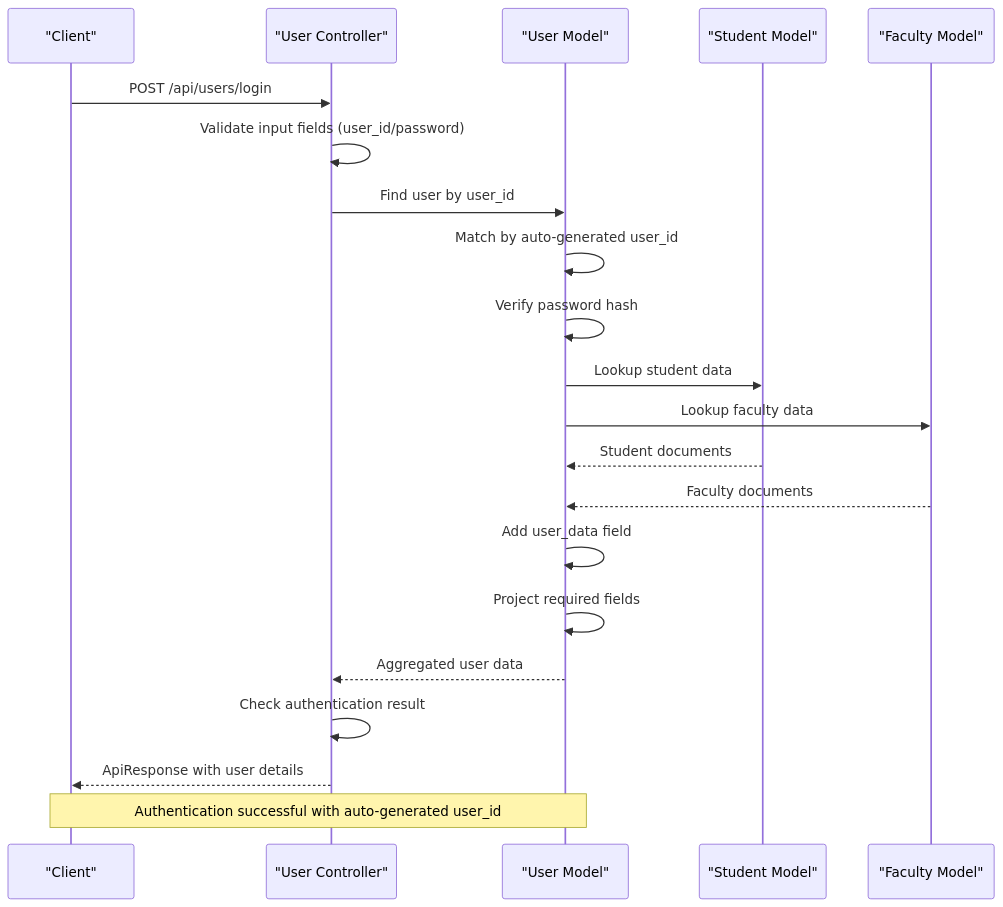
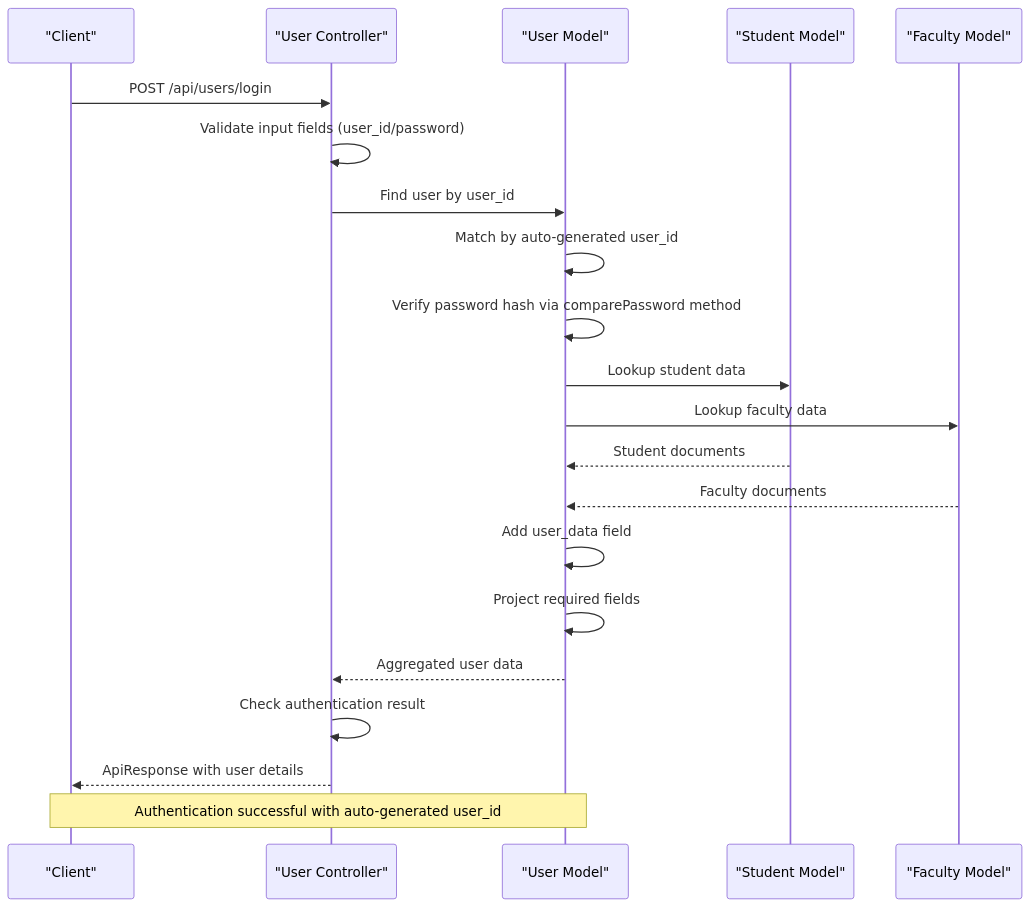
The sixth of 9 diagrams in .qoder/repowiki/en/content/Data Models & Database Schema/Core User Model.md (Aryan9060/Timetable-Project), drawn with Mermaid before and after one commit. The commit also changed other lines of this file and 23 other files, not shown here.

````diff
--- a/.qoder/repowiki/en/content/Data Models & Database Schema/Core User Model.md
+++ b/.qoder/repowiki/en/content/Data Models & Database Schema/Core User Model.md
@@ -317,23 +319,23 @@
 ```mermaid
 sequenceDiagram
 participant Client as "Client"
 participant Controller as "User Controller"
 participant Model as "User Model"
 participant Student as "Student Model"
 participant Faculty as "Faculty Model"
 Client->>Controller : POST /api/users/login
 Controller->>Controller : Validate input fields (user_id/password)
 Controller->>Model : Find user by user_id
 Model->>Model : Match by auto-generated user_id
-Model->>Model : Verify password hash
+Model->>Model : Verify password hash via comparePassword method
 Model->>Student : Lookup student data
 Model->>Faculty : Lookup faculty data
 Student-->>Model : Student documents
 Faculty-->>Model : Faculty documents
 Model->>Model : Add user_data field
 Model->>Model : Project required fields
 Model-->>Controller : Aggregated user data
 Controller->>Controller : Check authentication result
 Controller-->>Client : ApiResponse with user details
 Note over Client,Model : Authentication successful with auto-generated user_id
 ```
````
